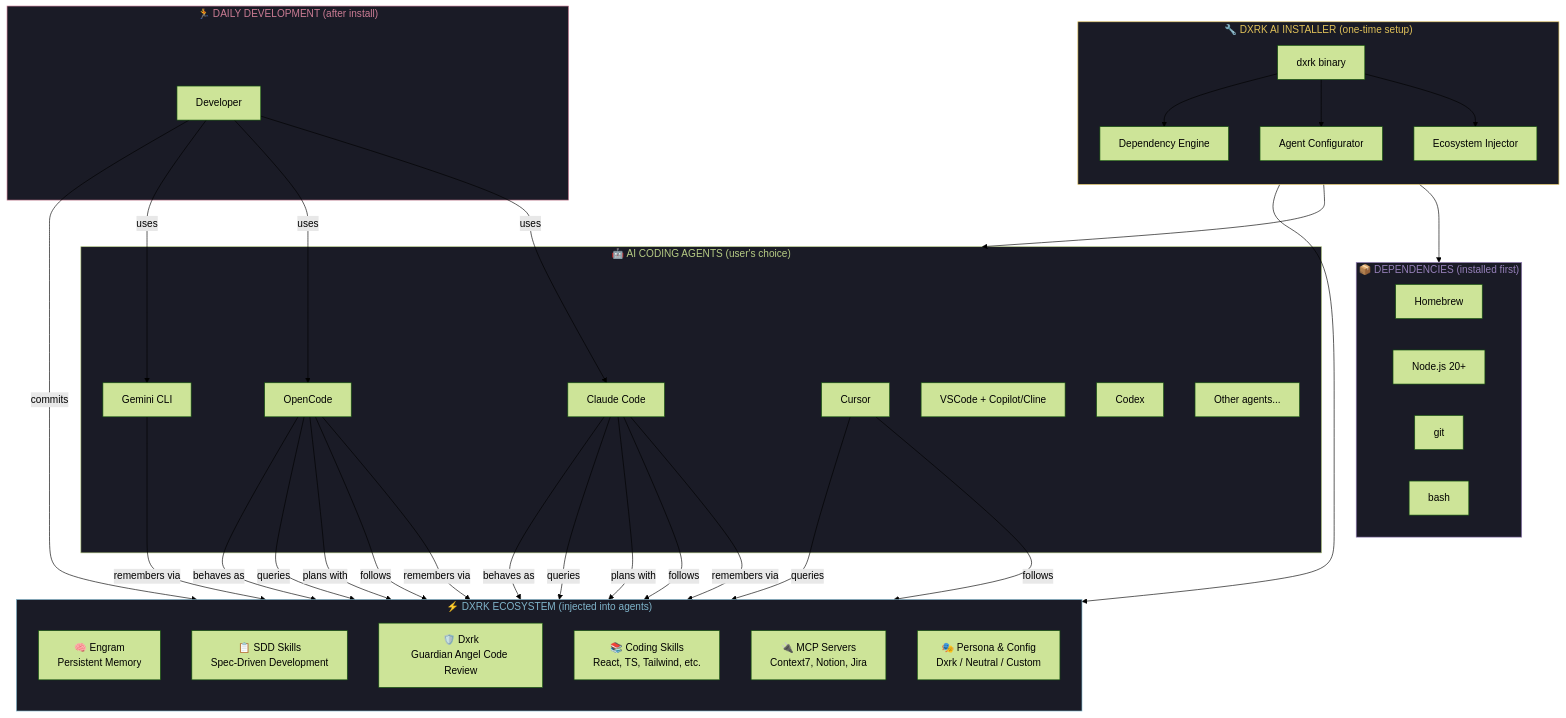
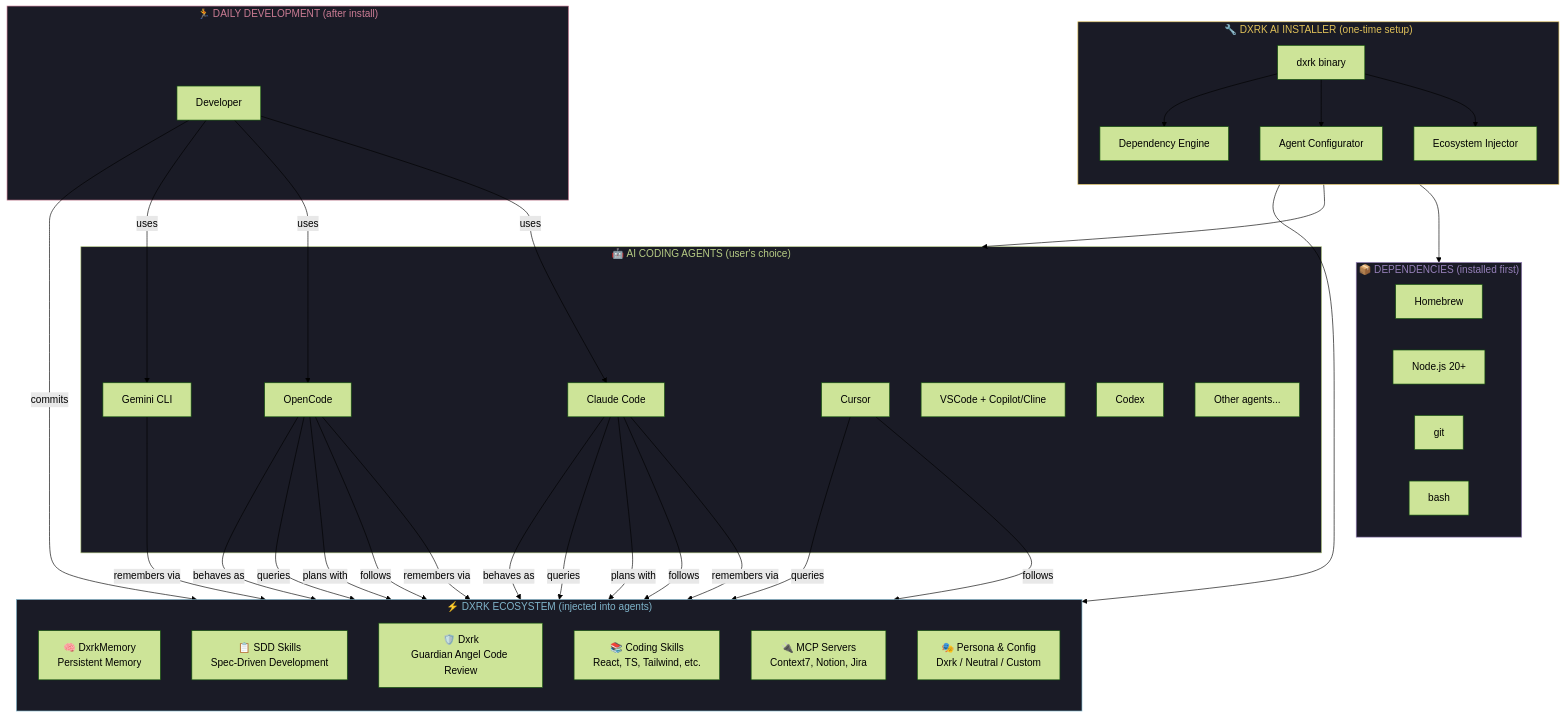
Before and after one commit to Dxrk777/Dxrk-AI: the first of 7 diagrams in PRD.md, drawn with Mermaid (forest theme). The commit also changed other lines of this file and 118 other files, not shown here.

````diff
--- a/PRD.md
+++ b/PRD.md
@@ -580,74 +580,74 @@
 ```mermaid
 graph TB
     subgraph INSTALLER["🔧 DXRK AI INSTALLER (one-time setup)"]
         direction TB
         GAI[dxrk binary]
         GAI --> DEP_ENGINE[Dependency Engine]
         GAI --> AGENT_ENGINE[Agent Configurator]
         GAI --> ECO_ENGINE[Ecosystem Injector]
     end
 
     subgraph DEPS["📦 DEPENDENCIES (installed first)"]
         BREW[Homebrew]
         NODE[Node.js 20+]
         GIT[git]
         BASH_DEP[bash]
     end
 
     subgraph AGENTS["🤖 AI CODING AGENTS (user's choice)"]
         CC[Claude Code]
         OC[OpenCode]
         GEM[Gemini CLI]
         CUR[Cursor]
         VSC[VSCode + Copilot/Cline]
         CDX[Codex]
         OTHER[Other agents...]
     end
 
     subgraph ECOSYSTEM["⚡ DXRK ECOSYSTEM (injected into agents)"]
         direction TB
-        ENGRAM[🧠 Engram<br/>Persistent Memory]
+        ENGRAM[🧠 DxrkMemory<br/>Persistent Memory]
         SDD[📋 SDD Skills<br/>Spec-Driven Development]
         Dxrk_COMP[🛡️ Dxrk<br/>Guardian Angel Code Review]
         SKILLS[📚 Coding Skills<br/>React, TS, Tailwind, etc.]
         MCP[🔌 MCP Servers<br/>Context7, Notion, Jira]
         PERSONA[🎭 Persona & Config<br/>Dxrk / Neutral / Custom]
     end
 
     subgraph RUNTIME["🏃 DAILY DEVELOPMENT (after install)"]
         DEV[Developer]
     end
 
     DEP_ENGINE --> DEPS
     AGENT_ENGINE --> AGENTS
     ECO_ENGINE --> ECOSYSTEM
 
     DEV -->|uses| CC
     DEV -->|uses| OC
     DEV -->|uses| GEM
     DEV -->|commits| Dxrk_COMP
 
     CC -->|remembers via| ENGRAM
     OC -->|remembers via| ENGRAM
     GEM -->|remembers via| ENGRAM
 
     CC -->|follows| SKILLS
     OC -->|follows| SKILLS
     CUR -->|follows| SKILLS
 
     CC -->|plans with| SDD
     OC -->|plans with| SDD
 
     CC -->|queries| MCP
     OC -->|queries| MCP
     CUR -->|queries| MCP
 
     CC -->|behaves as| PERSONA
     OC -->|behaves as| PERSONA
 
     style INSTALLER fill:#1a1b26,stroke:#E0C15A,color:#E0C15A
     style ECOSYSTEM fill:#1a1b26,stroke:#7FB4CA,color:#7FB4CA
     style AGENTS fill:#1a1b26,stroke:#B7CC85,color:#B7CC85
     style DEPS fill:#1a1b26,stroke:#957FB8,color:#957FB8
     style RUNTIME fill:#1a1b26,stroke:#CB7C94,color:#CB7C94
 ```
````
